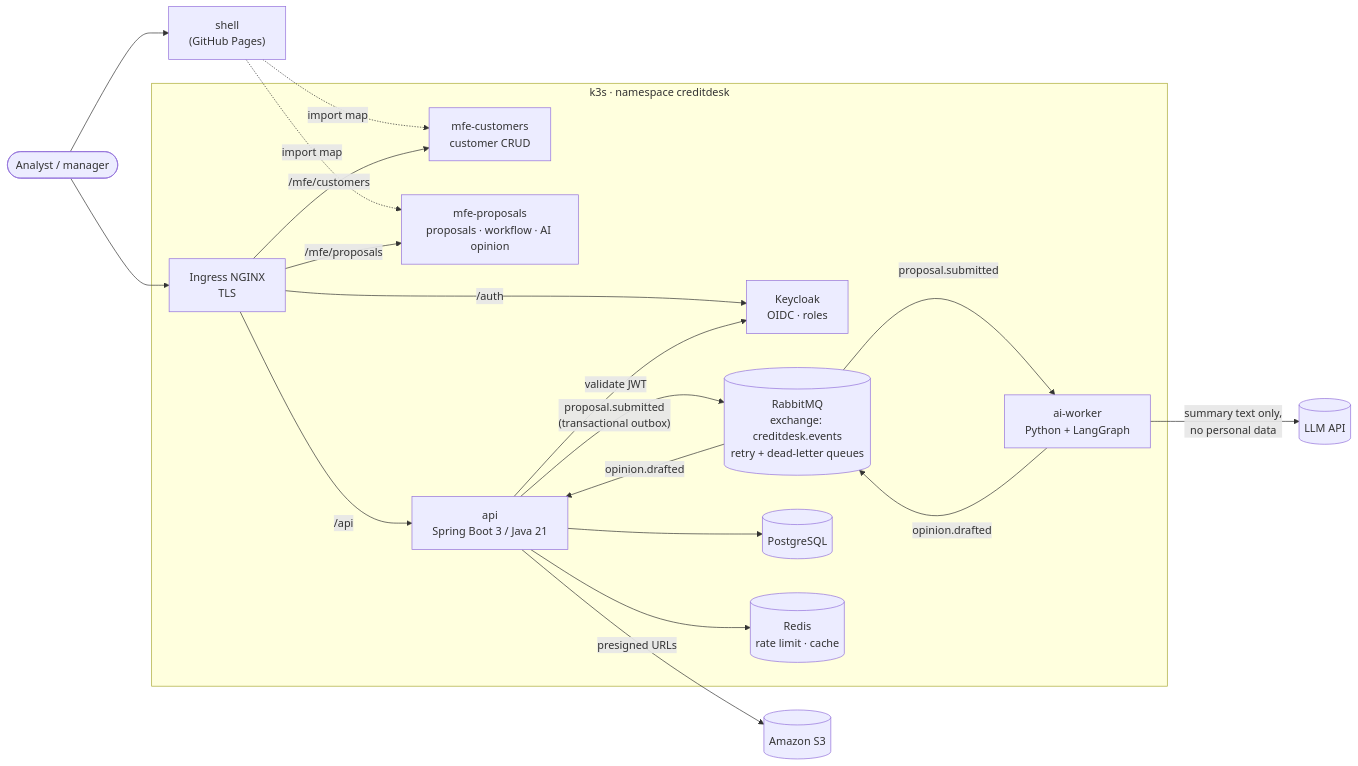
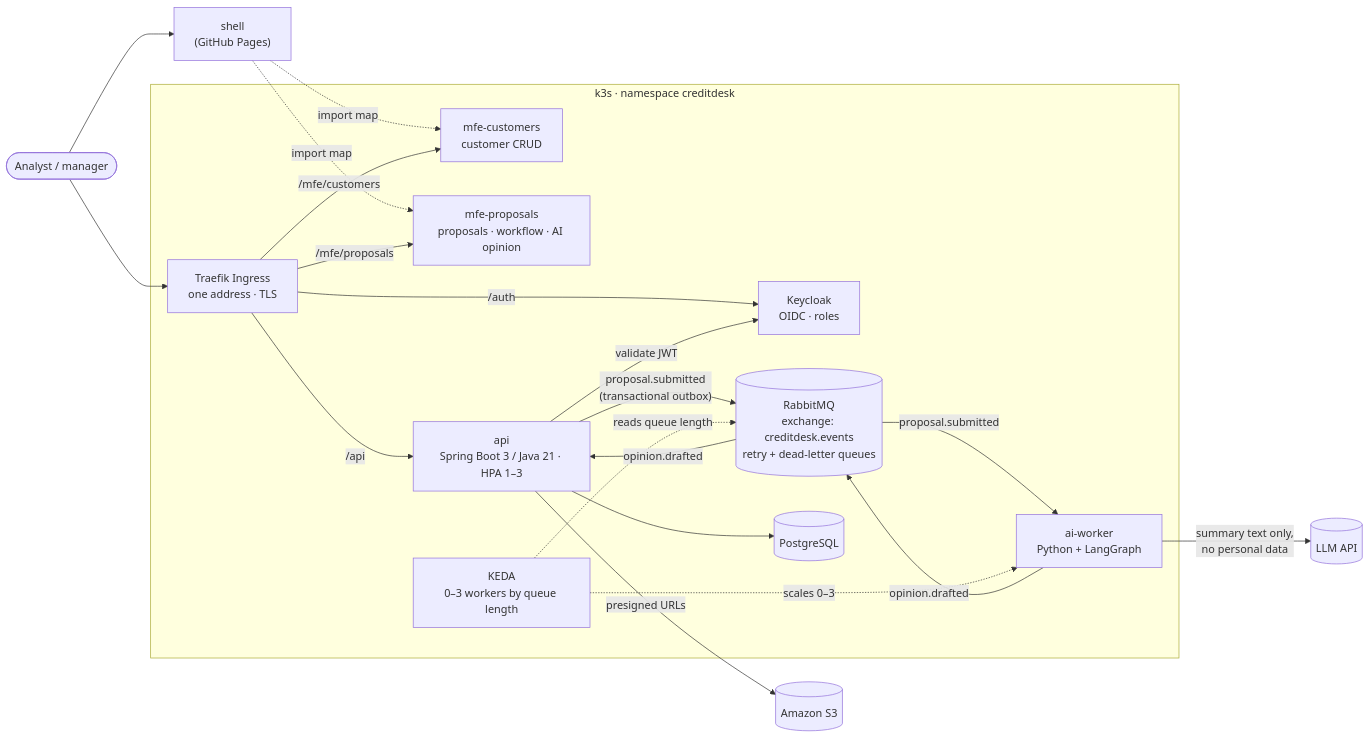
The third of 8 diagrams in README.md (vanilds/vanilds.github.io), drawn with Mermaid before and after one commit. The commit also changed other lines of this file and 43 other files, not shown here.

````diff
--- a/README.md
+++ b/README.md
@@ -120,38 +120,39 @@
 ```mermaid
 flowchart LR
     user([Analyst / manager])
 
     subgraph k8s["k3s · namespace creditdesk"]
-        ing[Ingress NGINX<br/>TLS]
+        ing[Traefik Ingress<br/>one address · TLS]
         mfec["mfe-customers<br/>customer CRUD"]
         mfep["mfe-proposals<br/>proposals · workflow · AI opinion"]
         kc["Keycloak<br/>OIDC · roles"]
-        api["api<br/>Spring Boot 3 / Java 21"]
+        api["api<br/>Spring Boot 3 / Java 21 · HPA 1–3"]
         worker["ai-worker<br/>Python + LangGraph"]
         mq[("RabbitMQ<br/>exchange: creditdesk.events<br/>retry + dead-letter queues")]
         db[("PostgreSQL")]
-        cache[("Redis<br/>rate limit · cache")]
+        keda["KEDA<br/>0–3 workers by queue length"]
     end
 
     shell["shell<br/>(GitHub Pages)"]
     s3[("Amazon S3")]
     llm[(LLM API)]
 
     user --> shell
     shell -. "import map" .-> mfec
     shell -. "import map" .-> mfep
     user --> ing
     ing -- "/mfe/customers" --> mfec
     ing -- "/mfe/proposals" --> mfep
     ing -- "/auth" --> kc
     ing -- "/api" --> api
     api -- "validate JWT" --> kc
     api --> db
-    api --> cache
     api -- "presigned URLs" --> s3
     api -- "proposal.submitted<br/>(transactional outbox)" --> mq
     mq -- "proposal.submitted" --> worker
+    keda -. "reads queue length" .-> mq
+    keda -. "scales 0–3" .-> worker
     worker -- "summary text only,<br/>no personal data" --> llm
     worker -- "opinion.drafted" --> mq
     mq -- "opinion.drafted" --> api
 ```
````
